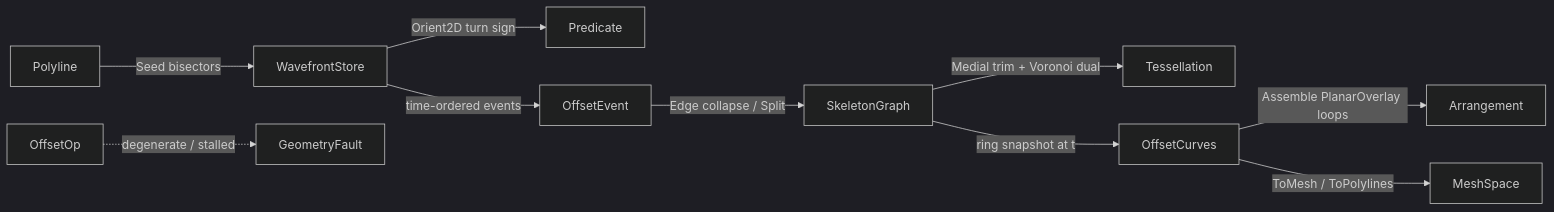
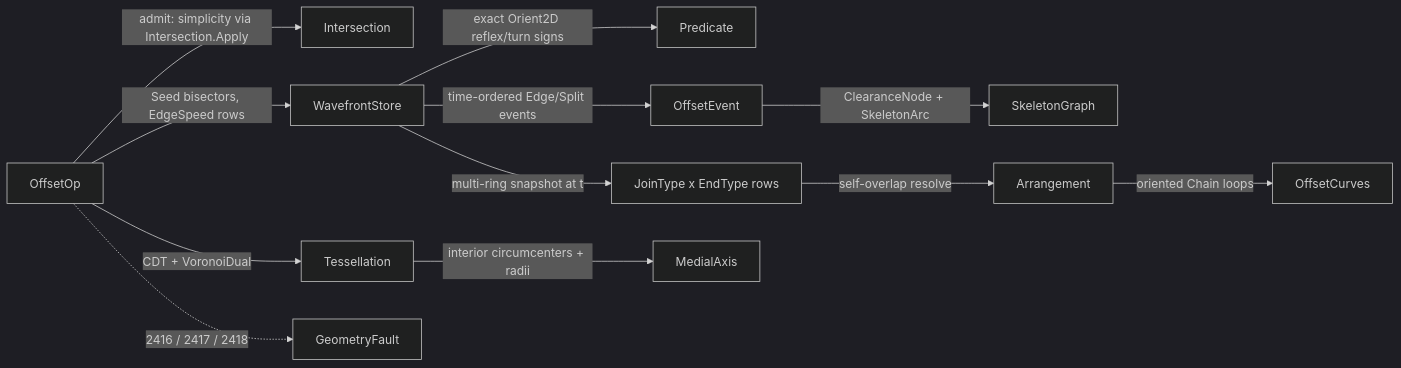
One commit to bsamiee/Rasm changed the diagram in libs/csharp/Rasm/.planning/Meshing/offset.md. Above: the diagram before and after it, drawn with Mermaid (dark theme). The commit also changed other lines of this file and 22 other files, not shown here.

````diff
--- a/libs/csharp/Rasm/.planning/Meshing/offset.md
+++ b/libs/csharp/Rasm/.planning/Meshing/offset.md
@@ -450,12 +592,14 @@
 ```mermaid
 flowchart LR
-    Polyline -->|Seed bisectors| WavefrontStore
-    WavefrontStore -->|Orient2D turn sign| Predicate
-    WavefrontStore -->|time-ordered events| OffsetEvent
-    OffsetEvent -->|Edge collapse / Split| SkeletonGraph
-    SkeletonGraph -->|Medial trim + Voronoi dual| Tessellation
-    SkeletonGraph -->|ring snapshot at t| OffsetCurves
-    OffsetCurves -->|Assemble PlanarOverlay loops| Arrangement
-    OffsetCurves -->|ToMesh / ToPolylines| MeshSpace
-    OffsetOp -.->|degenerate / stalled| GeometryFault
+    OffsetOp -->|admit: simplicity via Intersection.Apply| Intersection
+    OffsetOp -->|Seed bisectors, EdgeSpeed rows| WavefrontStore
+    WavefrontStore -->|exact Orient2D reflex/turn signs| Predicate
+    WavefrontStore -->|time-ordered Edge/Split events| OffsetEvent
+    OffsetEvent -->|ClearanceNode + SkeletonArc| SkeletonGraph
+    OffsetOp -->|CDT + VoronoiDual| Tessellation
+    Tessellation -->|interior circumcenters + radii| MedialAxis
+    WavefrontStore -->|multi-ring snapshot at t| Dressing["JoinType x EndType rows"]
+    Dressing -->|self-overlap resolve| Arrangement
+    Arrangement -->|oriented Chain loops| OffsetCurves
+    OffsetOp -.->|2416 / 2417 / 2418| GeometryFault
 ```
````
